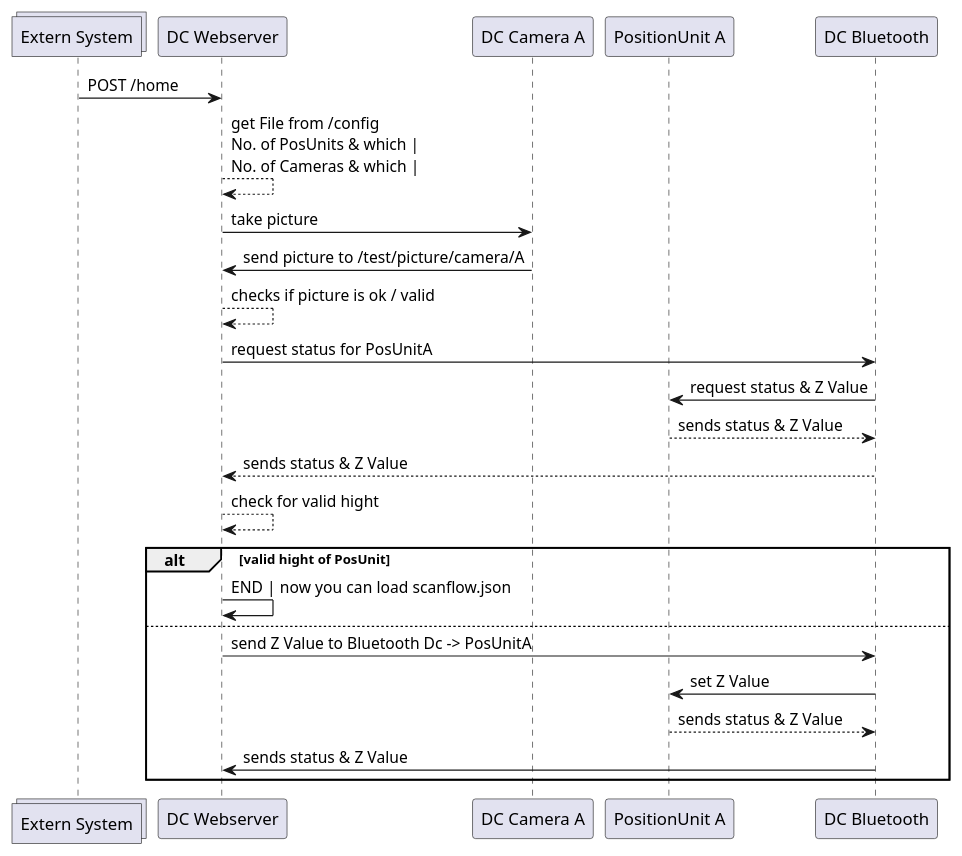
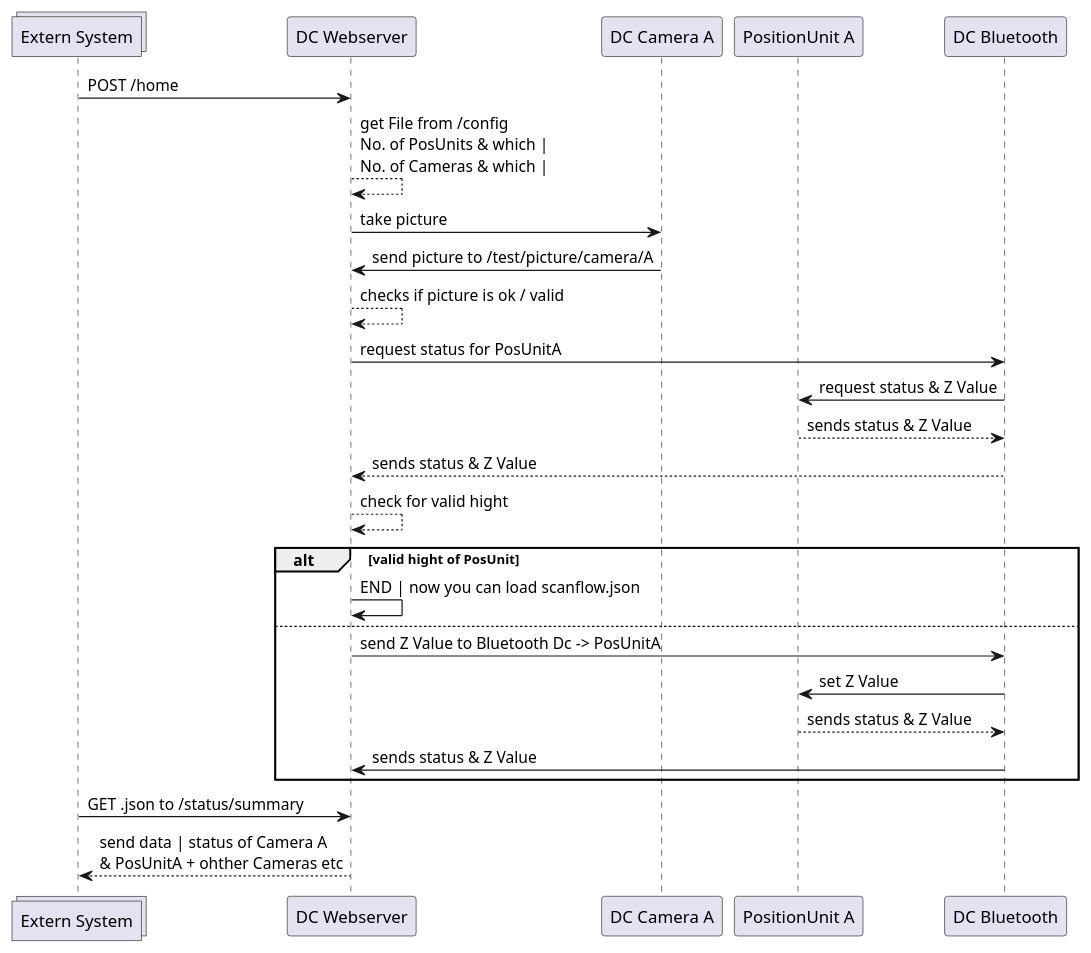
The third of 3 diagrams in docs/diagram/API_sequenz_Diagram.puml (Nr44suessauer/I-Scan), drawn with PlantUML before and after one commit.

Commit message:
seqdia für Homeing/vorbereiten auf scan

```diff
--- a/docs/diagram/API_sequenz_Diagram.puml
+++ b/docs/diagram/API_sequenz_Diagram.puml
@@ -61,31 +61,33 @@
 @startuml "Home/Default Mode" | Mod before the Start , after this scan can be started
 collections "Extern System" as Extern
 participant "DC Webserver"  as Browser
 participant "DC Camera A"   as CameraA
 participant "PositionUnit A" as PosA
 participant "DC Bluetooth"  as Bluetooth
 
 Extern -> Browser: POST /home
 Browser --> Browser: get File from /config  \nNo. of PosUnits & which | \nNo. of Cameras & which | 
 
 Browser -> CameraA: take picture
 CameraA -> Browser: send picture to /test/picture/camera/A
 Browser --> Browser: checks if picture is ok / valid
 Browser -> Bluetooth: request status for PosUnitA
 Bluetooth -> PosA: request status & Z Value
 PosA --> Bluetooth: sends status & Z Value
 
 Bluetooth --> Browser: sends status & Z Value
 Browser --> Browser: check for valid hight
 
 alt valid hight of PosUnit
     Browser -> Browser: END | now you can load scanflow.json
 else
     Browser -> Bluetooth: send Z Value to Bluetooth Dc -> PosUnitA 
     Bluetooth -> PosA: set Z Value
     PosA --> Bluetooth: sends status & Z Value
     Bluetooth -> Browser: sends status & Z Value
 end
 
+Extern -> Browser: GET .json to /status/summary
+Browser --> Extern: send data | status of Camera A \n& PosUnitA + ohther Cameras etc
 
 @enduml
```
